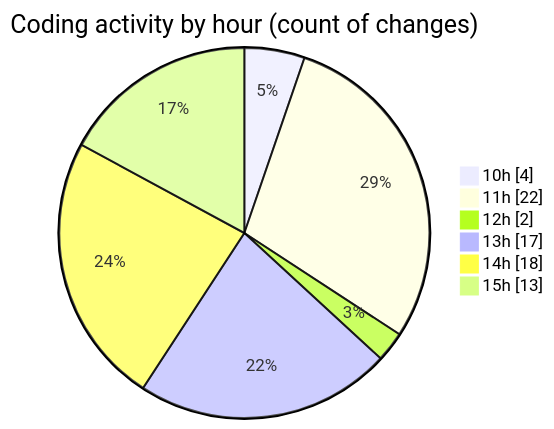
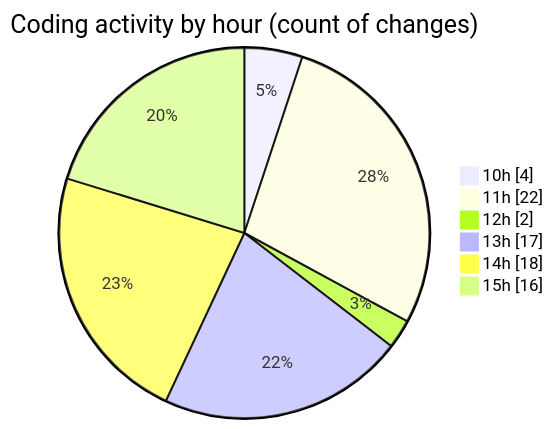
The second of 2 diagrams in 2025-09-15/nxtqube_webapp/README.md (nxtqubesakshisongat/code-tracking), drawn with Mermaid before and after one commit. The commit also changed other lines of this file and 1 other file, not shown here.

````diff
--- a/2025-09-15/nxtqube_webapp/README.md
+++ b/2025-09-15/nxtqube_webapp/README.md
@@ -31,10 +31,10 @@
 ```mermaid
 pie showData
 title Coding activity by hour (count of changes)
 "10h" : 4
 "11h" : 22
 "12h" : 2
 "13h" : 17
 "14h" : 18
-"15h" : 13
+"15h" : 16
 ```
````
